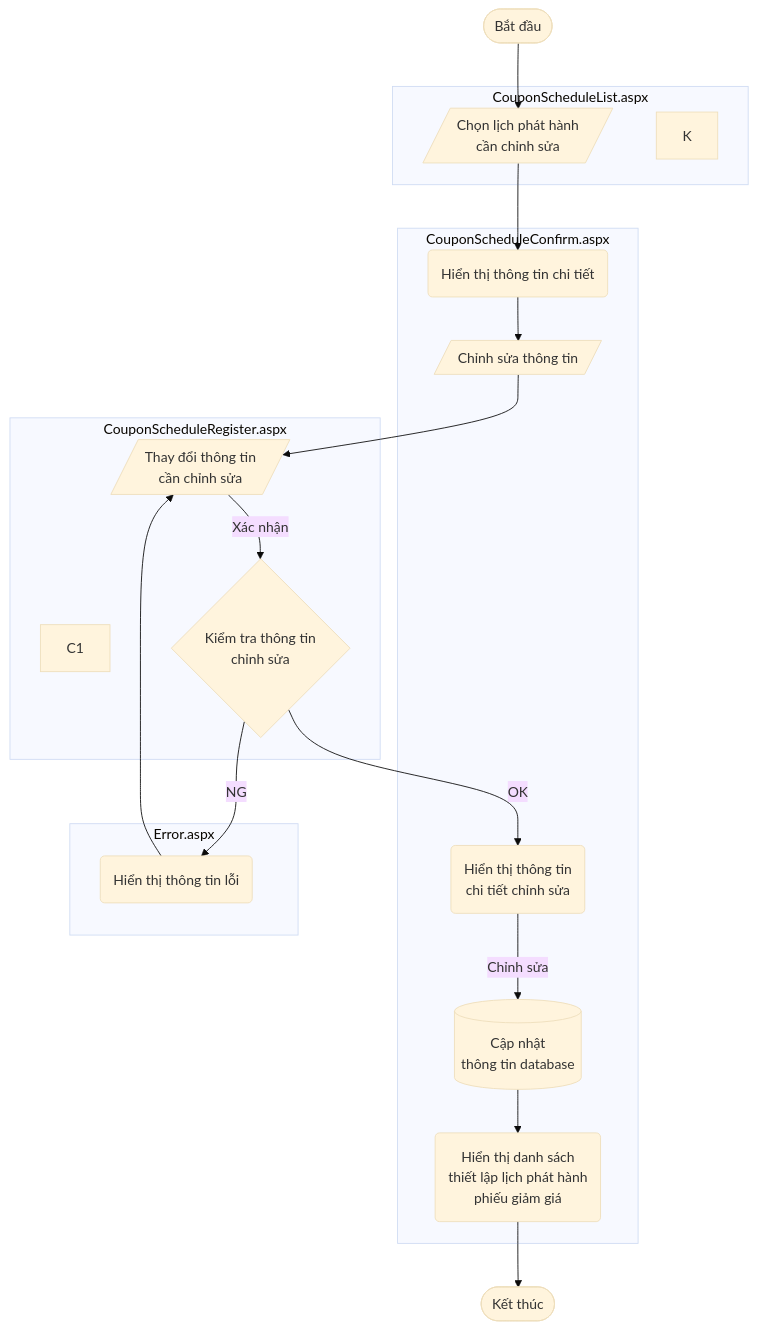
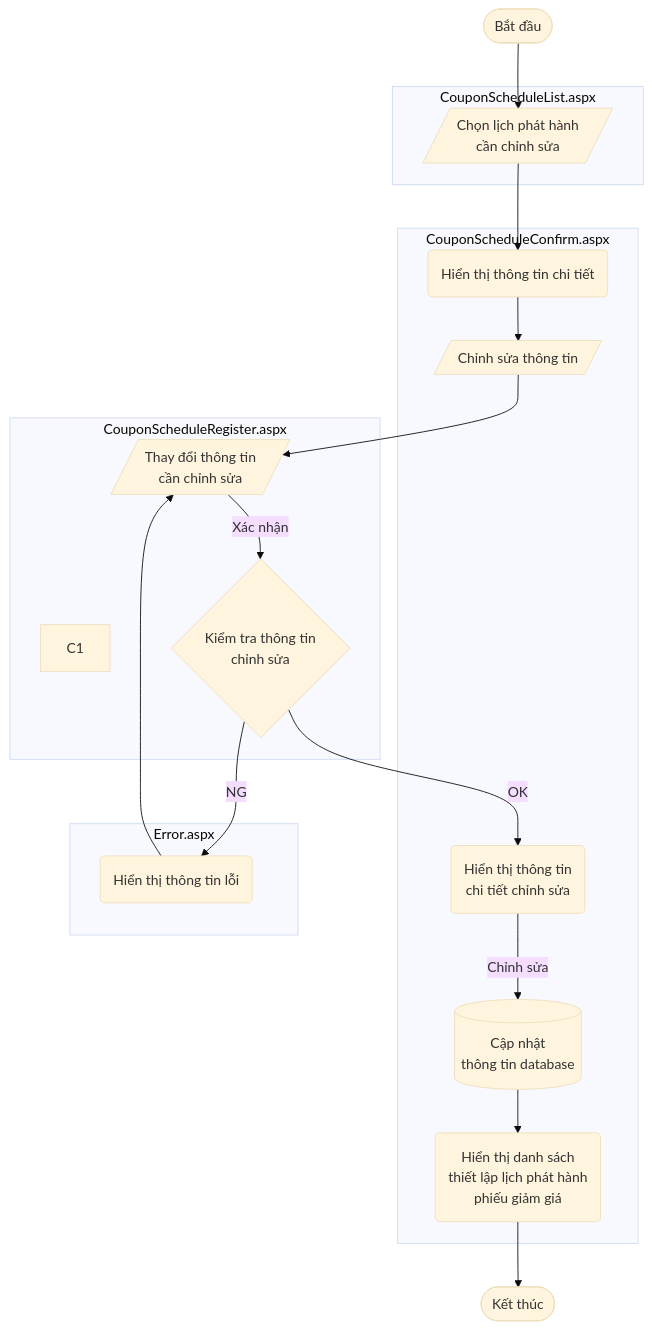
Before and after one commit to nghiemchibao01/doc: the first of 2 diagrams in README.md, drawn with Mermaid (base theme). The commit also changed other lines of this file, not shown here.

````diff
--- a/README.md
+++ b/README.md
@@ -1,41 +1,40 @@
 ```mermaid
 flowchart TB
 
   subgraph CouponScheduleList.aspx
     A
-    K
   end
 
   subgraph CouponScheduleConfirm.aspx
     A1
     B
     G
     H
     I
   end
 
   subgraph CouponScheduleRegister.aspx
     C
     C1
     D
   end
 
   subgraph Error.aspx
     F
   end
 
   Start([Bắt đầu]) --> A[/Chọn lịch phát hành\n cần chỉnh sửa/]
   A --> A1("Hiển thị thông tin chi tiết")
   A1 --> B[/Chỉnh sửa thông tin/]
   B --> C[/"Thay đổi thông tin
       cần chỉnh sửa"/]
   C --> |Xác nhận| D{Kiểm tra thông tin\n chỉnh sửa}
   D --> |OK| G("Hiển thị thông tin
       chi tiết chỉnh sửa")
   D --> |NG| F(Hiển thị thông tin lỗi)
   F --> C
   G --> |Chỉnh sửa| H[("Cập nhật\n thông tin database")]
   H --> I(Hiển thị danh sách\n thiết lập lịch phát hành\n phiếu giảm giá)
   I --> End([Kết thúc])
   
 ```
````
